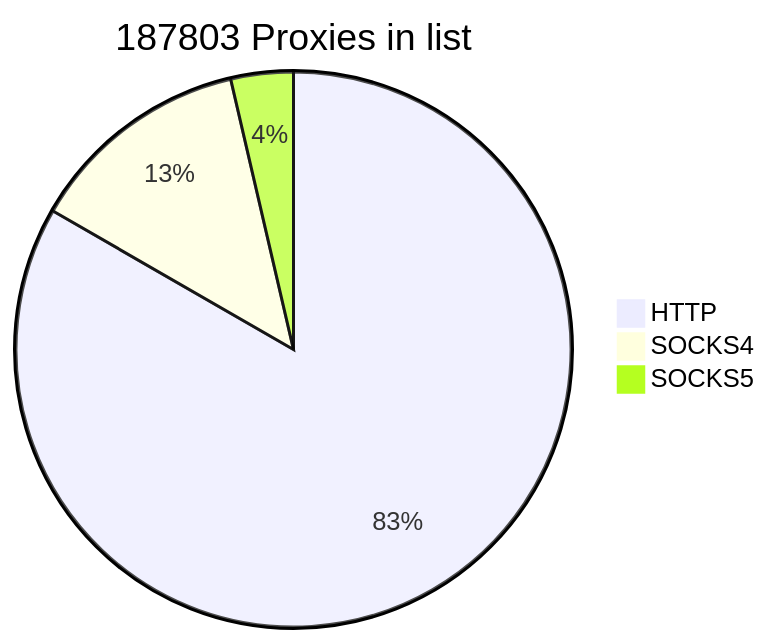
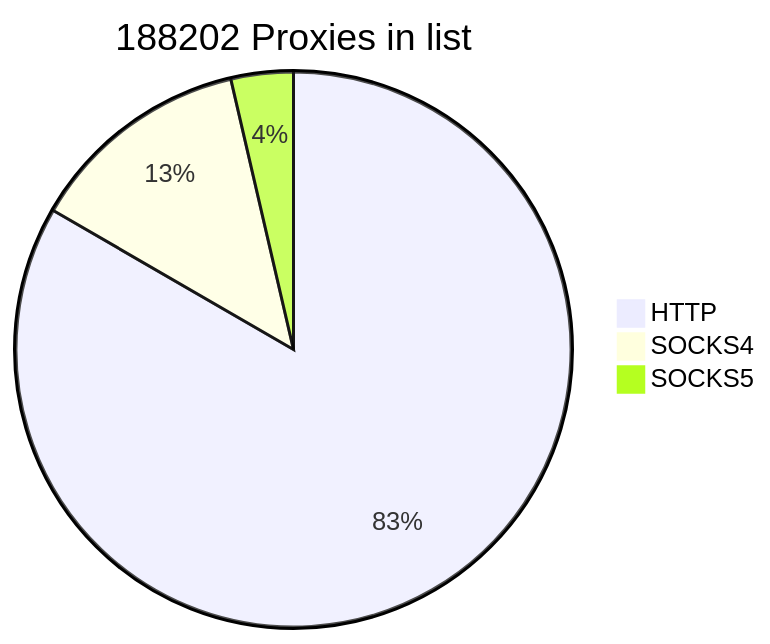
One commit to cutipu/proxylist changed the first of 2 diagrams in README.md. Above: the diagram before and after it, drawn with Mermaid. The commit also changed other lines of this file, not shown here.

````diff
--- a/README.md
+++ b/README.md
@@ -2,7 +2,7 @@
 ```mermaid
-pie title 187803 Proxies in list
-    "HTTP" : 156472
+pie title 188202 Proxies in list
+    "HTTP" : 156871
     "SOCKS4" : 24507
     "SOCKS5" : 6824
             
 ```
````
